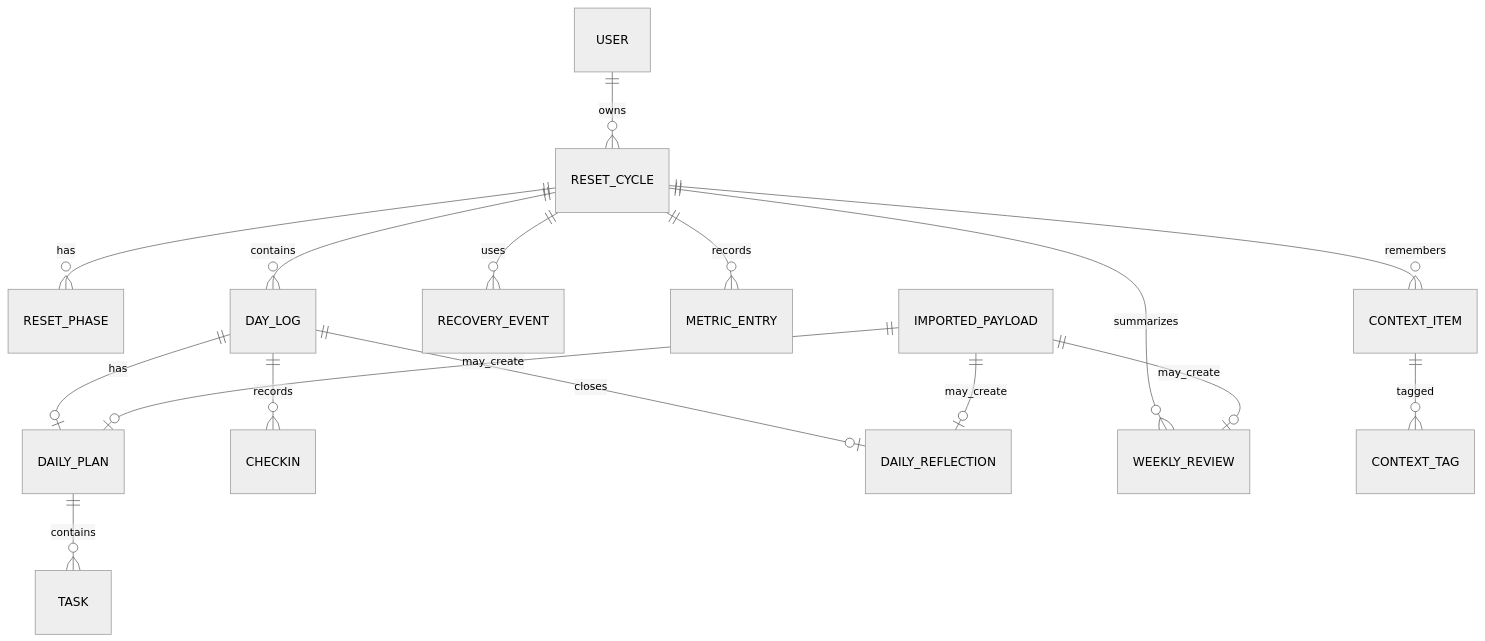
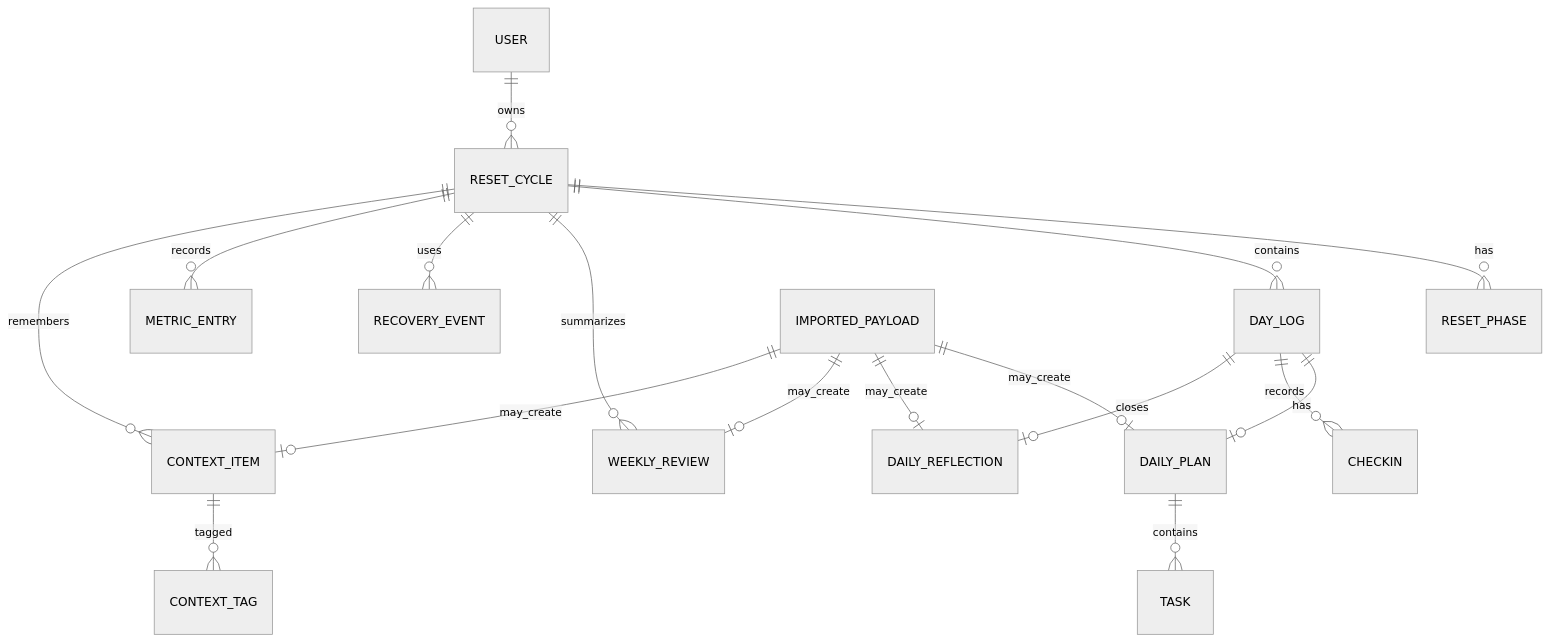
Before and after one commit to edibdedic007/reset90: the diagram in docs/03_SYSTEM_DESIGN_DATA_MODEL.md, drawn with Mermaid (neutral theme). The commit also changed other lines of this file and 30 other files, not shown here.

````diff
--- a/docs/03_SYSTEM_DESIGN_DATA_MODEL.md
+++ b/docs/03_SYSTEM_DESIGN_DATA_MODEL.md
@@ -32,18 +32,19 @@
 ```mermaid
 erDiagram
     USER ||--o{ RESET_CYCLE : owns
     RESET_CYCLE ||--o{ RESET_PHASE : has
     RESET_CYCLE ||--o{ DAY_LOG : contains
     DAY_LOG ||--o| DAILY_PLAN : has
     DAILY_PLAN ||--o{ TASK : contains
     DAY_LOG ||--o{ CHECKIN : records
     DAY_LOG ||--o| DAILY_REFLECTION : closes
     RESET_CYCLE ||--o{ WEEKLY_REVIEW : summarizes
     RESET_CYCLE ||--o{ RECOVERY_EVENT : uses
     RESET_CYCLE ||--o{ METRIC_ENTRY : records
     RESET_CYCLE ||--o{ CONTEXT_ITEM : remembers
     CONTEXT_ITEM ||--o{ CONTEXT_TAG : tagged
     IMPORTED_PAYLOAD ||--o| DAILY_PLAN : may_create
     IMPORTED_PAYLOAD ||--o| DAILY_REFLECTION : may_create
     IMPORTED_PAYLOAD ||--o| WEEKLY_REVIEW : may_create
+    IMPORTED_PAYLOAD ||--o| CONTEXT_ITEM : may_create
 ```
````
